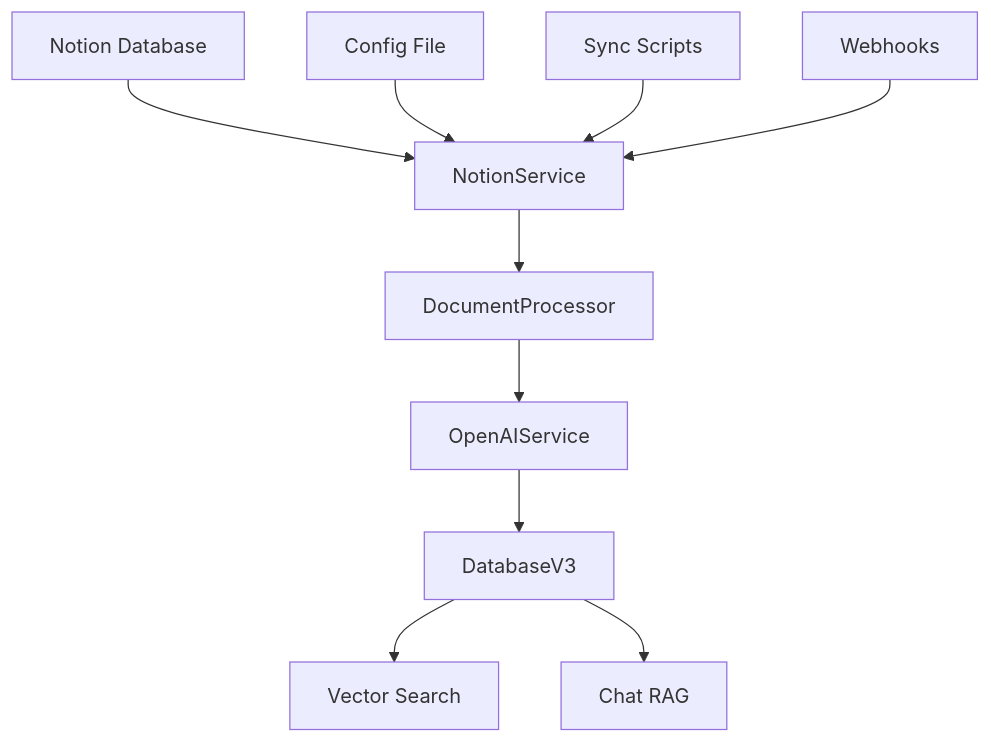
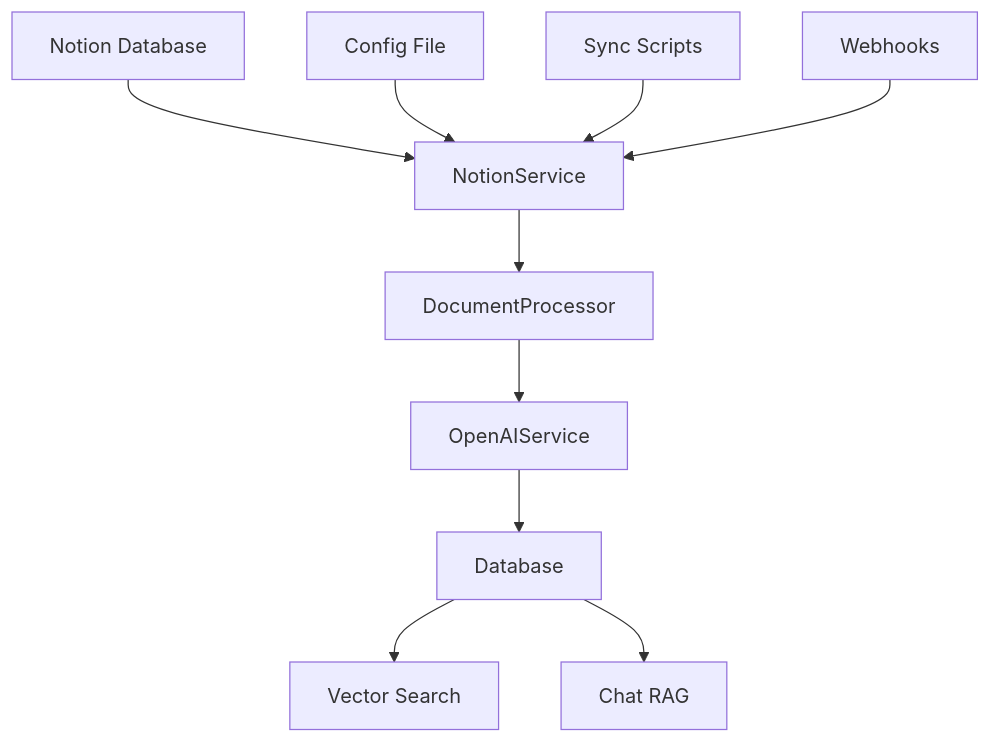
One commit to fyang0507/notion-companion changed the diagram in backend/docs/DATA_INGESTION_PIPELINE.md. Above: the diagram before and after it, drawn with Mermaid. The commit also changed other lines of this file and 16 other files, not shown here.

````diff
--- a/backend/docs/DATA_INGESTION_PIPELINE.md
+++ b/backend/docs/DATA_INGESTION_PIPELINE.md
@@ -9,13 +9,13 @@
 ```mermaid
 graph TD
     A[Notion Database] --> B[NotionService]
     B --> C[DocumentProcessor]
     C --> D[OpenAIService]
-    D --> E[DatabaseV3]
+    D --> E[Database]
     E --> F[Vector Search]
     E --> G[Chat RAG]
     
     H[Config File] --> B
     I[Sync Scripts] --> B
     J[Webhooks] --> B
 ```
````
